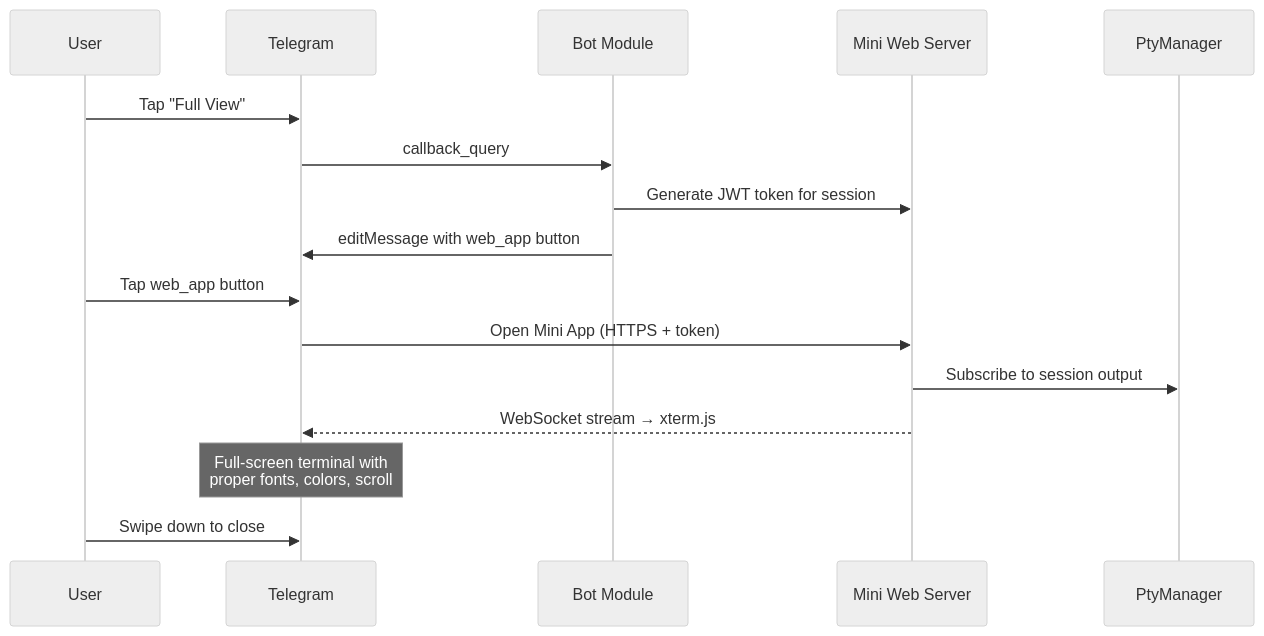
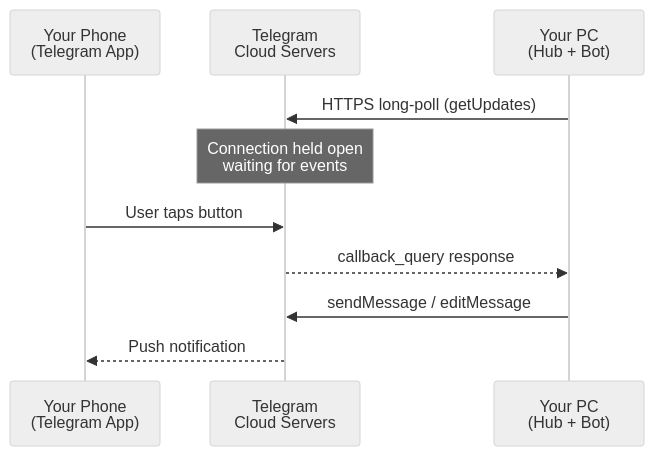
One commit to PetePeter/gamepad-cli-hub changed the second of 5 diagrams in docs/plans/20260404-telegram-bot-remote/plan.md. Above: the diagram before and after it, drawn with Mermaid (neutral theme). The commit also changed other lines of this file and 41 other files, not shown here.

First line of the commit message:
feat: Telegram bot integration (Phases 0-3)

````diff
--- a/docs/plans/20260404-telegram-bot-remote/plan.md
+++ b/docs/plans/20260404-telegram-bot-remote/plan.md
@@ -205,19 +286,13 @@
 ```mermaid
 sequenceDiagram
-    participant U as User
-    participant TG as Telegram
-    participant Bot as Bot Module
-    participant WS as Mini Web Server
-    participant PTY as PtyManager
+    participant Phone as Your Phone<br>(Telegram App)
+    participant Cloud as Telegram<br>Cloud Servers
+    participant Hub as Your PC<br>(Hub + Bot)
 
-    U->>TG: Tap "Full View"
-    TG->>Bot: callback_query
-    Bot->>WS: Generate JWT token for session
-    Bot->>TG: editMessage with web_app button
-    U->>TG: Tap web_app button
-    TG->>WS: Open Mini App (HTTPS + token)
-    WS->>PTY: Subscribe to session output
-    WS-->>TG: WebSocket stream → xterm.js
-    Note over TG: Full-screen terminal with<br>proper fonts, colors, scroll
-    U->>TG: Swipe down to close
+    Hub->>Cloud: HTTPS long-poll (getUpdates)
+    Note over Cloud: Connection held open<br>waiting for events
+    Phone->>Cloud: User taps button
+    Cloud-->>Hub: callback_query response
+    Hub->>Cloud: sendMessage / editMessage
+    Cloud-->>Phone: Push notification
 ```
````
